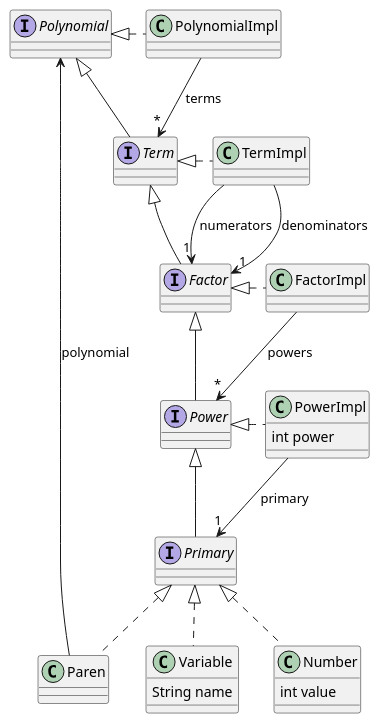
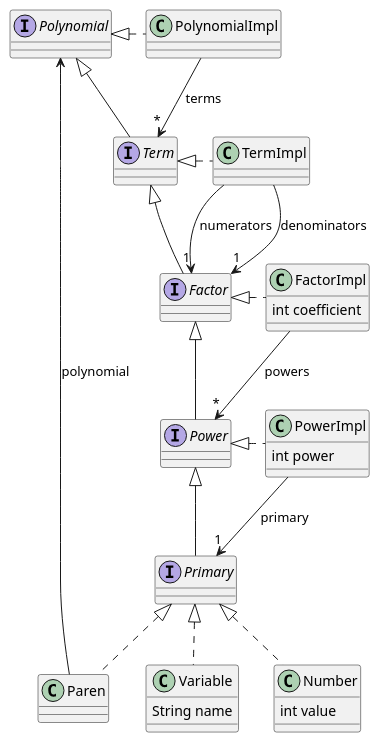
Before and after one commit to saka1029/form: the diagram in doc/classes.plantuml, drawn with PlantUML. The commit also changed 3 other files, not shown here.

```diff
--- a/doc/classes.plantuml
+++ b/doc/classes.plantuml
@@ -1,37 +1,39 @@
 @startuml form
 interface Polynomial
 class PolynomialImpl
 PolynomialImpl .left.|> Polynomial
 PolynomialImpl --> "*" Term : terms
 interface Term
 Term -|> Polynomial
 class TermImpl
 TermImpl .left.|> Term
 TermImpl --> "1" Factor : numerators
 TermImpl --> "1" Factor : denominators
 interface Factor
 Factor -|> Term
-class FactorImpl
+class FactorImpl {
+    int coefficient
+}
 FactorImpl .left.|> Factor
 FactorImpl --> "*" Power : powers
 interface Power
 Power -|> Factor
 class PowerImpl {
     int power
 }
 PowerImpl .left.|> Power
 PowerImpl --> "1" Primary : primary
 interface Primary
 Primary -|> Power
 class Variable {
     String name
 }
 Variable .up.|> Primary
 class Number {
     int value
 }
 Number .up.|> Primary
 class Paren
 Paren .up.|> Primary
 Paren -up-> Polynomial : polynomial
 @enduml
```
